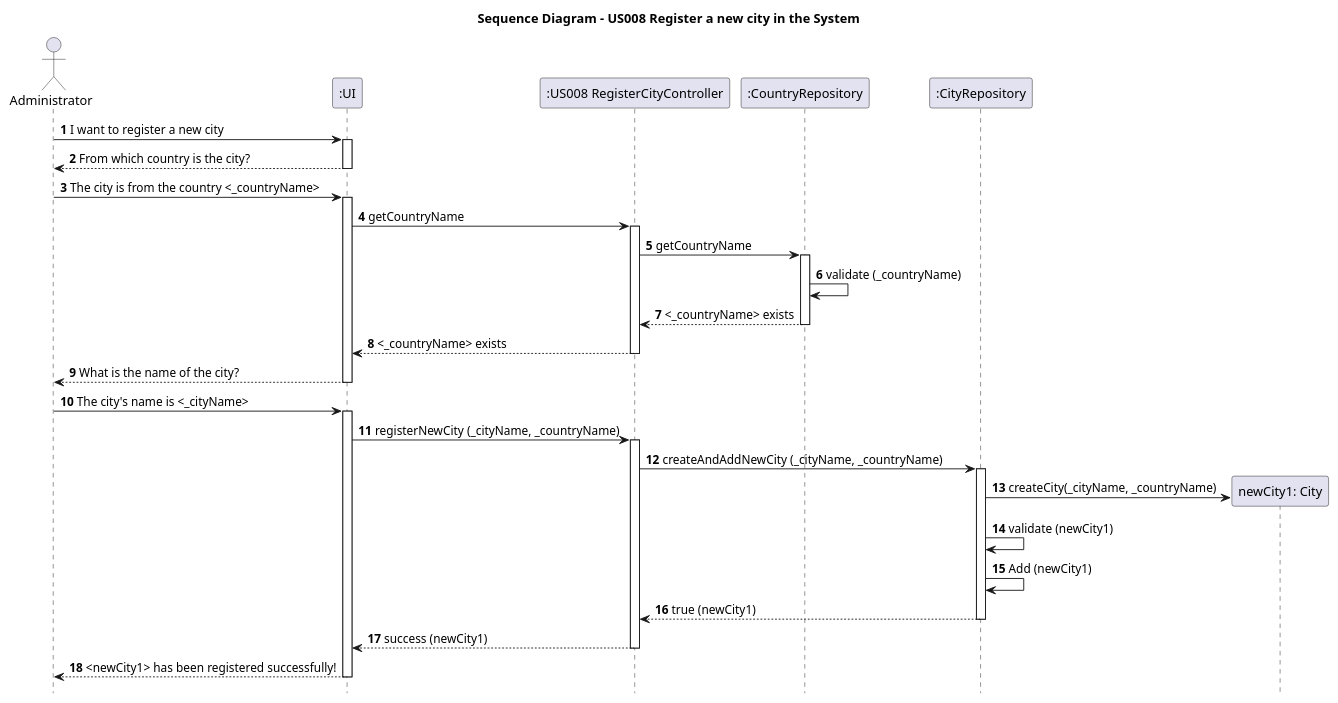
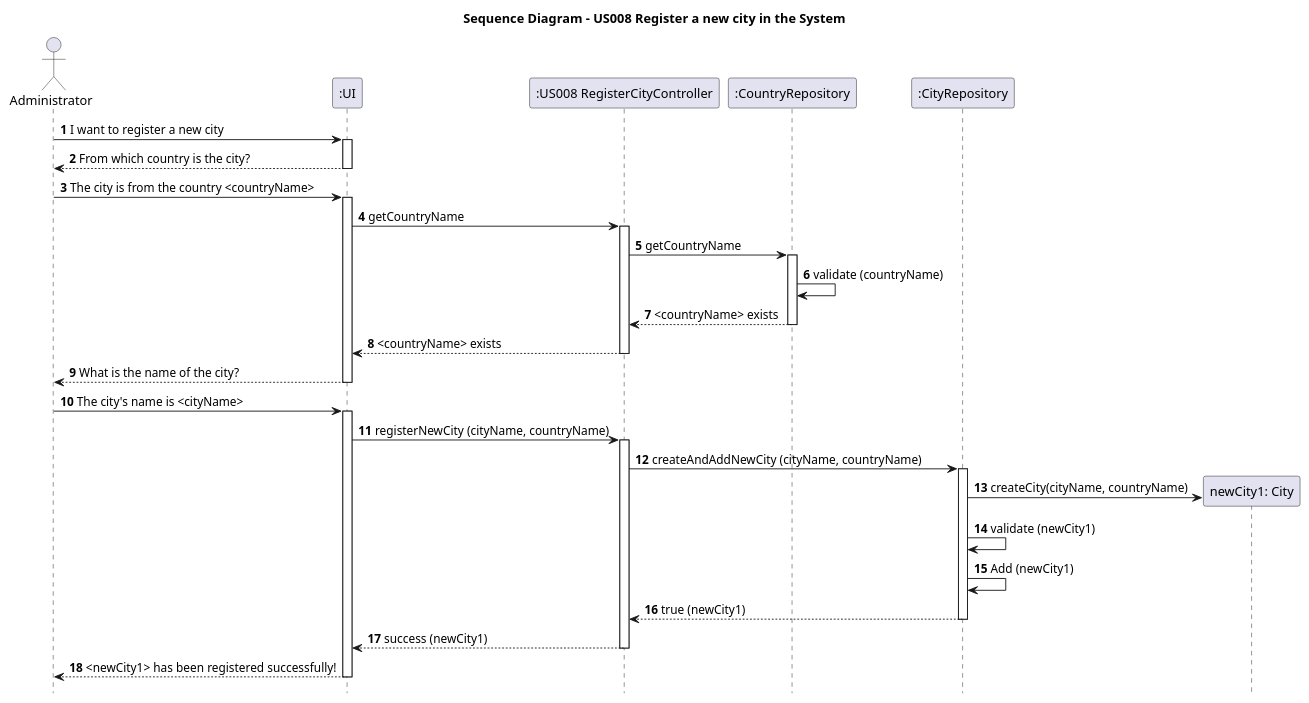
Before and after one commit to AndrePereiraGitH/SWitCH-Project-Team_A: the diagram in Diagrams/SequenceDiagrams/N2/US008-to-register-new-city-in-the-system.puml, drawn with PlantUML. The commit also changed 4 other files, not shown here.

```diff
--- a/Diagrams/SequenceDiagrams/N2/US008-to-register-new-city-in-the-system.puml
+++ b/Diagrams/SequenceDiagrams/N2/US008-to-register-new-city-in-the-system.puml
@@ -1,65 +1,65 @@
 @startuml
 
 footbox off
 
 title Sequence Diagram - US008 Register a new city in the System
 
 
 actor Administrator
 participant ":UI" as UI
 
 
 participant ":US008 RegisterCityController" as CityController
 participant ":CountryRepository" as CountryRepository
 participant ":CityRepository" as AddressRepository
 
 Administrator -> UI : **1** I want to register a new city
 activate UI
 UI --> Administrator : **2** From which country is the city?
 deactivate UI
-Administrator -> UI : **3** The city is from the country <_countryName>
+Administrator -> UI : **3** The city is from the country <countryName>
 activate UI
 
 
 UI -> CityController : **4** getCountryName
 activate CityController
 CityController -> CountryRepository : **5** getCountryName
 activate CountryRepository
-CountryRepository -> CountryRepository : **6** validate (_countryName)
+CountryRepository -> CountryRepository : **6** validate (countryName)
 
 
-CountryRepository --> CityController : **7** <_countryName> exists
+CountryRepository --> CityController : **7** <countryName> exists
 deactivate CountryRepository
 
-CityController --> UI : **8** <_countryName> exists
+CityController --> UI : **8** <countryName> exists
 deactivate CityController
 
 UI --> Administrator : **9** What is the name of the city?
 deactivate UI
 
-Administrator -> UI : **10** The city's name is <_cityName>
+Administrator -> UI : **10** The city's name is <cityName>
 activate UI
-UI -> CityController : **11** registerNewCity (_cityName, _countryName)
+UI -> CityController : **11** registerNewCity (cityName, countryName)
 
 activate CityController
 
-CityController -> AddressRepository : **12** createAndAddNewCity (_cityName, _countryName)
+CityController -> AddressRepository : **12** createAndAddNewCity (cityName, countryName)
 activate AddressRepository
 
 
 create "newCity1: City" as City
-AddressRepository -> City : **13** createCity(_cityName, _countryName)
+AddressRepository -> City : **13** createCity(cityName, countryName)
 
 
 AddressRepository -> AddressRepository : **14** validate (newCity1)
 AddressRepository -> AddressRepository : **15** Add (newCity1)
 
 AddressRepository --> CityController : **16** true (newCity1)
 deactivate AddressRepository
 
 CityController --> UI : **17** success (newCity1)
 deactivate CityController
 
 UI --> Administrator : **18** <newCity1> has been registered successfully!
 deactivate UI
 @enduml
```
